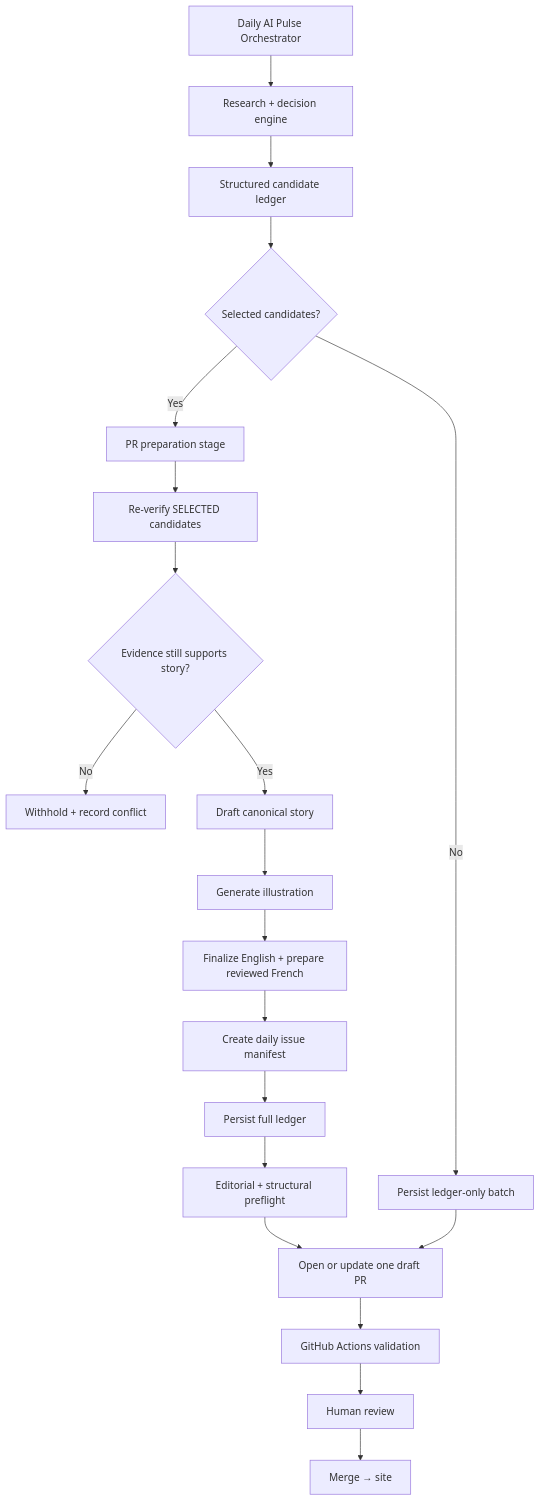
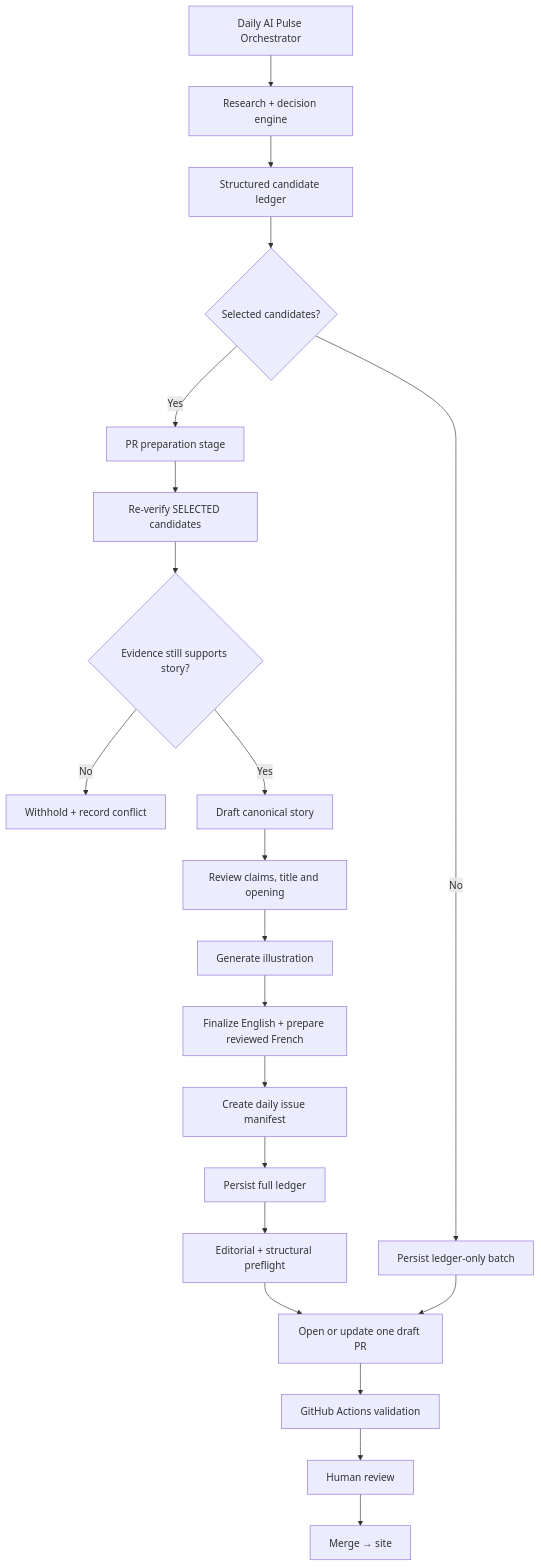
The diagram in docs/editorial/PR_PREPARATION_V1.md (GadDev/daily-ai-pulse), drawn with Mermaid before and after one commit. The commit also changed other lines of this file and 10 other files, not shown here.

Commit message:
docs: share editorial policy and require claim/title/opening review

````diff
--- a/docs/editorial/PR_PREPARATION_V1.md
+++ b/docs/editorial/PR_PREPARATION_V1.md
@@ -19,27 +19,28 @@
 ```mermaid
 flowchart TD
     A["Daily AI Pulse Orchestrator"] --> B["Research + decision engine"]
     B --> C["Structured candidate ledger"]
     C --> D{"Selected candidates?"}
 
     D -->|No| E["Persist ledger-only batch"]
     D -->|Yes| F["PR preparation stage"]
 
     F --> G["Re-verify SELECTED candidates"]
     G --> H{"Evidence still supports story?"}
     H -->|No| I["Withhold + record conflict"]
     H -->|Yes| J["Draft canonical story"]
 
-    J --> K["Generate illustration"]
+    J --> EDR["Review claims, title and opening"]
+    EDR --> K["Generate illustration"]
     K --> T["Finalize English + prepare reviewed French"]
     T --> L["Create daily issue manifest"]
     L --> M["Persist full ledger"]
     M --> N["Editorial + structural preflight"]
     N --> O["Open or update one draft PR"]
 
     E --> O
 
     O --> P["GitHub Actions validation"]
     P --> Q["Human review"]
     Q --> R["Merge → site"]
 ```
````
